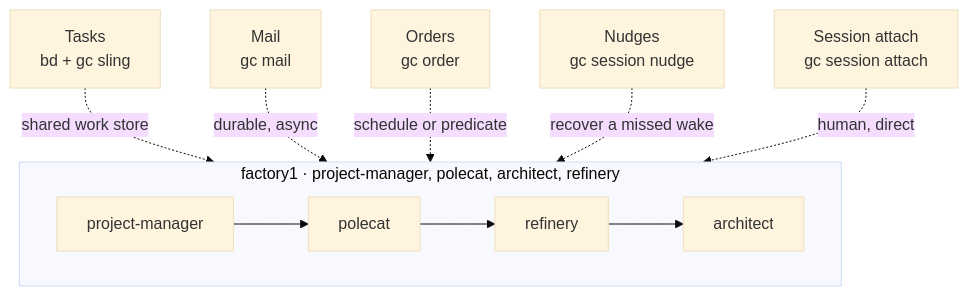
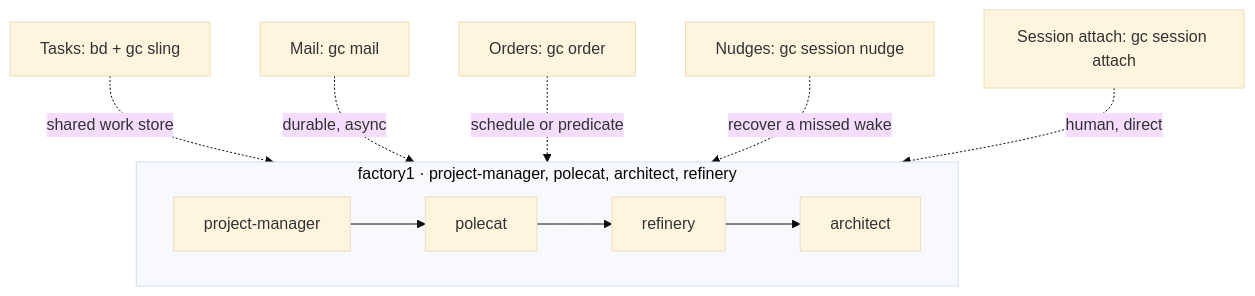
One commit to actual-software/sf-tutorial changed the diagram in progression/06-coordination-channels.md. Above: the diagram before and after it, drawn with Mermaid (base theme). The commit also changed 2 other files, not shown here.

Commit message:
Refine task labels in coordination channels (#24)
* Refine task labels in coordination channels

Updated task descriptions for clarity in coordination channels.

* Create PROJECT_OVERVIEW template for documentation

Added a template for project overview documentation to guide users in creating their project manifest.

* Revise project overview and manifest instructions

Updated the steps for writing a project overview and manifest in the factory guide. Adjusted section titles and improved clarity on the instructions.

````diff
--- a/progression/06-coordination-channels.md
+++ b/progression/06-coordination-channels.md
@@ -50,12 +50,12 @@
 ```mermaid
 flowchart TB
   subgraph F["factory1 · project-manager, polecat, architect, refinery"]
     direction LR
     PM[project-manager] --> PC[polecat] --> RF[refinery] --> AR[architect]
   end
-  T["Tasks<br/>bd + gc sling"] -.->|shared work store| F
-  M["Mail<br/>gc mail"] -.->|durable, async| F
-  O["Orders<br/>gc order"] -.->|schedule or predicate| F
-  N["Nudges<br/>gc session nudge"] -.->|recover a missed wake| F
-  S["Session attach<br/>gc session attach"] -.->|human, direct| F
+  T["Tasks: bd + gc sling"] -.->|shared work store| F
+  M["Mail: gc mail"] -.->|durable, async| F
+  O["Orders: gc order"] -.->|schedule or predicate| F
+  N["Nudges: gc session nudge"] -.->|recover a missed wake| F
+  S["Session attach: gc session attach"] -.->|human, direct| F
 ```
````
